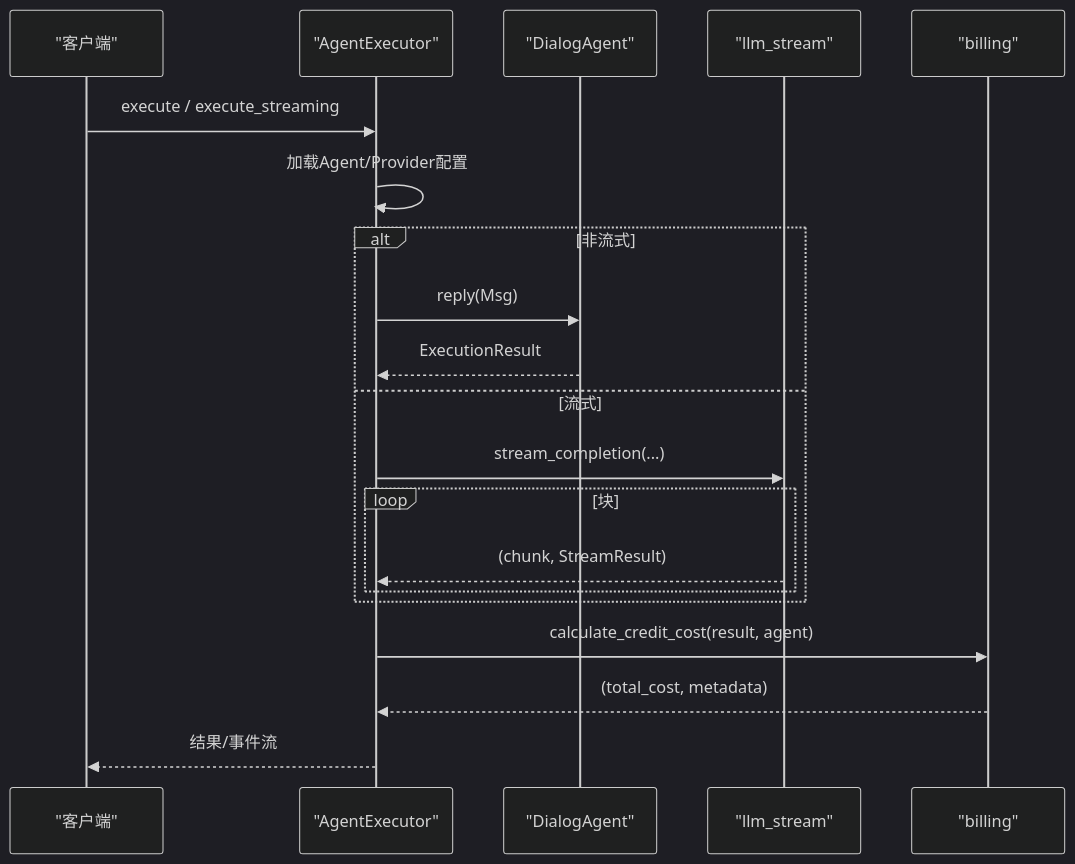
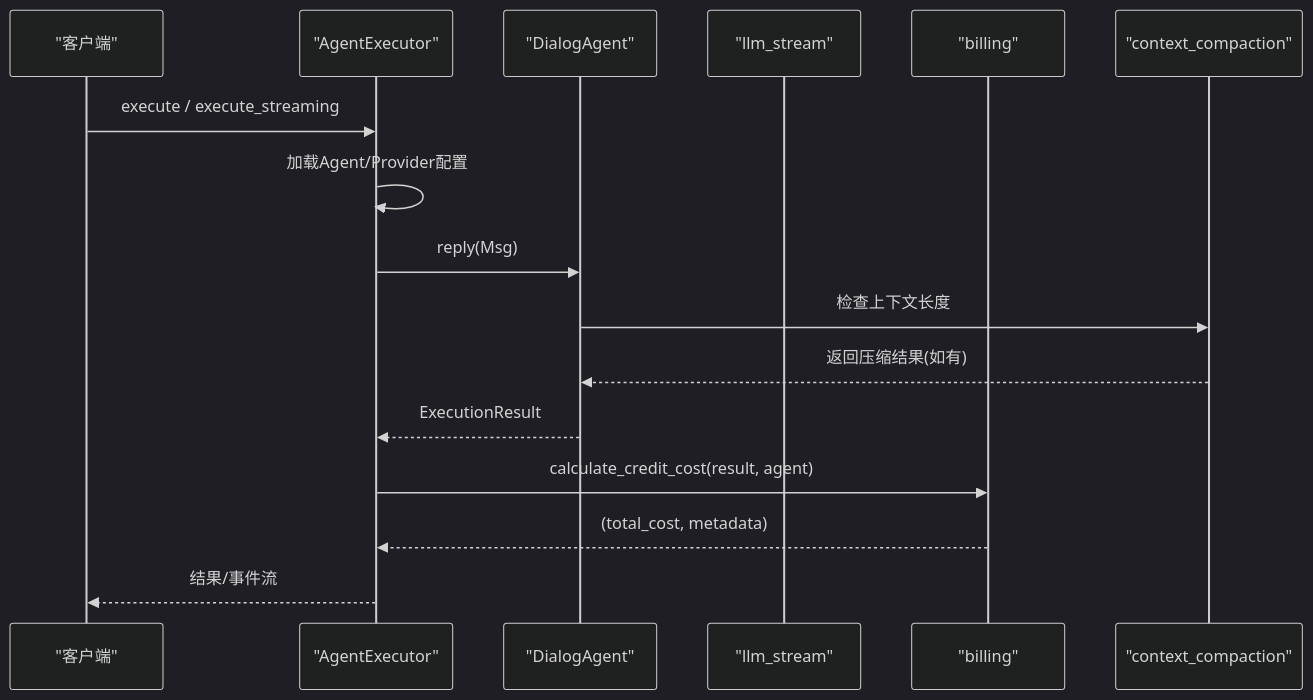
The eighth of 9 diagrams in .qoder/repowiki/zh/content/AI智能体系统/AI智能体系统.md (KunLabAI/KunFlix), drawn with Mermaid (dark theme) before and after one commit. The commit also changed other lines of this file and 14 other files, not shown here.

First line of the commit message:
feat(context_compaction): 新增智能上下文压缩功能

````diff
--- a/.qoder/repowiki/zh/content/AI智能体系统/AI智能体系统.md
+++ b/.qoder/repowiki/zh/content/AI智能体系统/AI智能体系统.md
@@ -335,22 +413,18 @@
 ```mermaid
 sequenceDiagram
 participant Client as "客户端"
 participant API as "AgentExecutor"
 participant Agent as "DialogAgent"
 participant Stream as "llm_stream"
 participant Billing as "billing"
+participant Compaction as "context_compaction"
 Client->>API : execute / execute_streaming
 API->>API : 加载Agent/Provider配置
-alt 非流式
 API->>Agent : reply(Msg)
+Agent->>Compaction : 检查上下文长度
+Compaction-->>Agent : 返回压缩结果(如有)
 Agent-->>API : ExecutionResult
-else 流式
-API->>Stream : stream_completion(...)
-loop 块
-Stream-->>API : (chunk, StreamResult)
-end
-end
 API->>Billing : calculate_credit_cost(result, agent)
 Billing-->>API : (total_cost, metadata)
 API-->>Client : 结果/事件流
 ```
````
